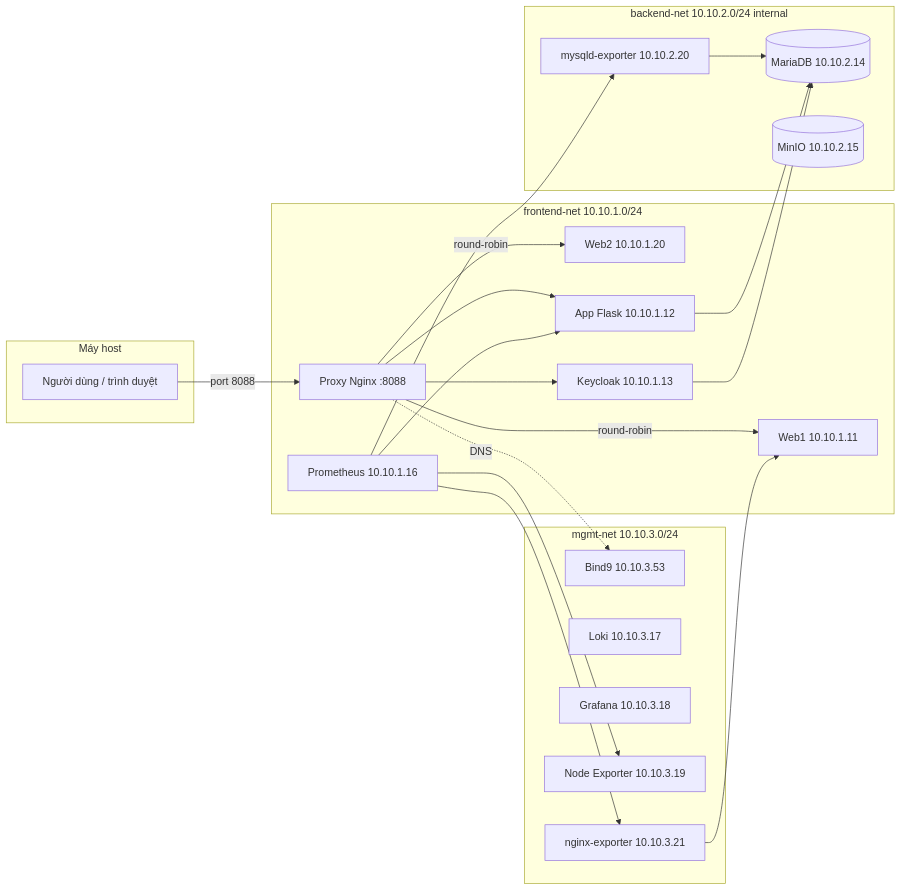
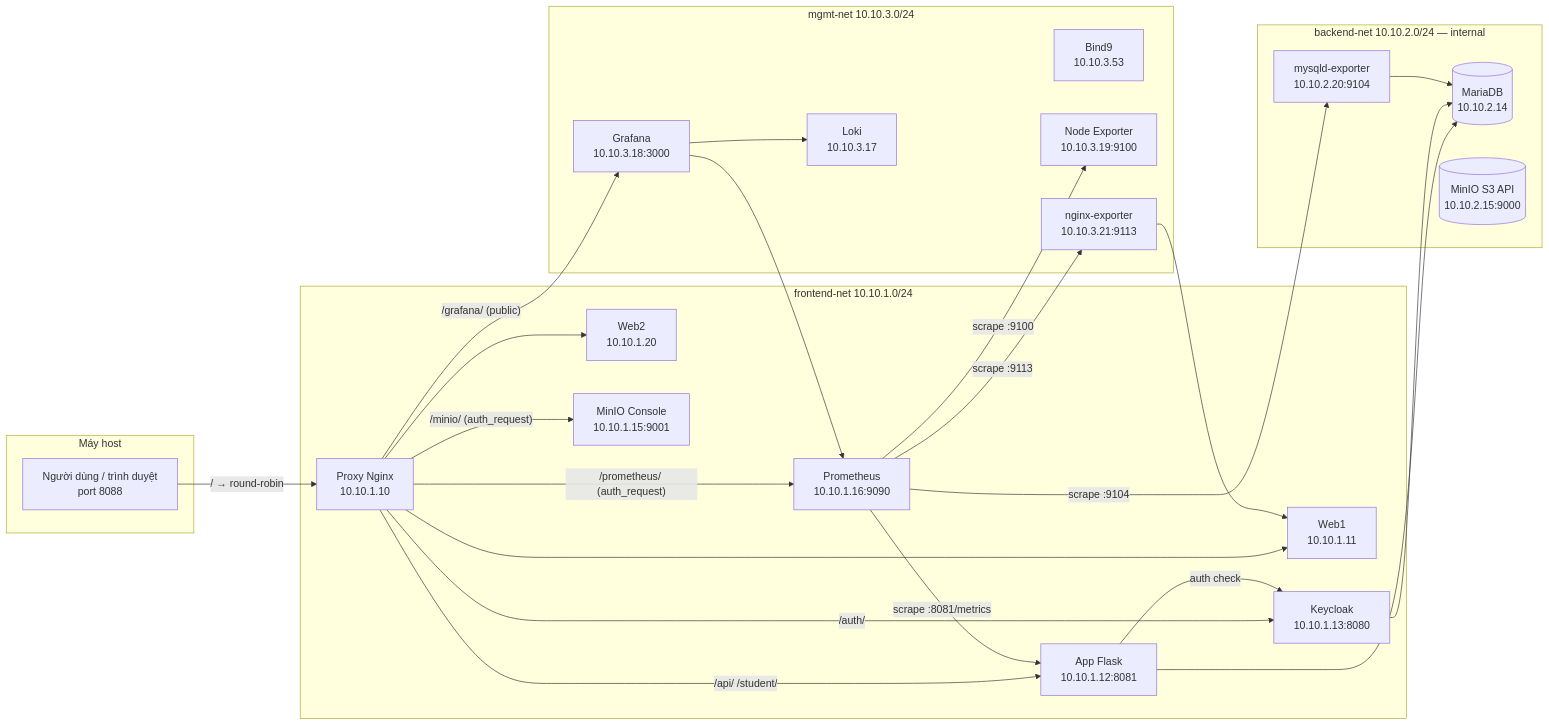
The diagram in MiniCloud/README.md (PoeenCy/Cloud-Computing), drawn with Mermaid before and after one commit. The commit also changed other lines of this file and 1 other file, not shown here.

Commit message:
docs: update README and KIEM_TRA_HE_THONG with correct URLs via proxy port 8088

````diff
--- a/MiniCloud/README.md
+++ b/MiniCloud/README.md
@@ -32,40 +29,53 @@
 ```mermaid
 flowchart LR
   subgraph host["Máy host"]
-    U[Người dùng / trình duyệt]
+    U[Người dùng / trình duyệt\nport 8088]
   end
+
   subgraph fe["frontend-net 10.10.1.0/24"]
-    P[Proxy Nginx :8088]
-    W1[Web1 10.10.1.11]
-    W2[Web2 10.10.1.20]
-    A[App Flask 10.10.1.12]
-    K[Keycloak 10.10.1.13]
-    PR[Prometheus 10.10.1.16]
+    P["Proxy Nginx\n10.10.1.10"]
+    W1["Web1\n10.10.1.11"]
+    W2["Web2\n10.10.1.20"]
+    A["App Flask\n10.10.1.12:8081"]
+    K["Keycloak\n10.10.1.13:8080"]
+    PR["Prometheus\n10.10.1.16:9090"]
+    MI["MinIO Console\n10.10.1.15:9001"]
   end
-  subgraph be["backend-net 10.10.2.0/24 internal"]
-    D[(MariaDB 10.10.2.14)]
-    S[(MinIO 10.10.2.15)]
-    ME[mysqld-exporter 10.10.2.20]
+
+  subgraph be["backend-net 10.10.2.0/24 — internal"]
+    D[("MariaDB\n10.10.2.14")]
+    S[("MinIO S3 API\n10.10.2.15:9000")]
+    ME["mysqld-exporter\n10.10.2.20:9104"]
   end
+
   subgraph mgmt["mgmt-net 10.10.3.0/24"]
-    DNS[Bind9 10.10.3.53]
-    LO[Loki 10.10.3.17]
-    GF[Grafana 10.10.3.18]
-    NE[Node Exporter 10.10.3.19]
-    WE[nginx-exporter 10.10.3.21]
+    DNS["Bind9\n10.10.3.53"]
+    GF["Grafana\n10.10.3.18:3000"]
+    NE["Node Exporter\n10.10.3.19:9100"]
+    WE["nginx-exporter\n10.10.3.21:9113"]
+    LO["Loki\n10.10.3.17"]
   end
-  U -->|port 8088| P
-  P -->|round-robin| W1
-  P -->|round-robin| W2
-  P --> A
-  P --> K
+
+  U -->|"/ → round-robin"| P
+  P --> W1
+  P --> W2
+  P -->|"/api/ /student/"| A
+  P -->|"/auth/"| K
+  P -->|"/grafana/ (public)"| GF
+  P -->|"/prometheus/ (auth_request)"| PR
+  P -->|"/minio/ (auth_request)"| MI
+
+  A -->|auth check| K
   A --> D
   K --> D
-  PR --> A
-  PR --> ME
-  PR --> WE
-  PR --> NE
+
+  PR -->|scrape :8081/metrics| A
+  PR -->|scrape :9104| ME
+  PR -->|scrape :9113| WE
+  PR -->|scrape :9100| NE
   ME --> D
   WE --> W1
-  P -.->|DNS| DNS
+
+  GF --> PR
+  GF --> LO
 ```
````
